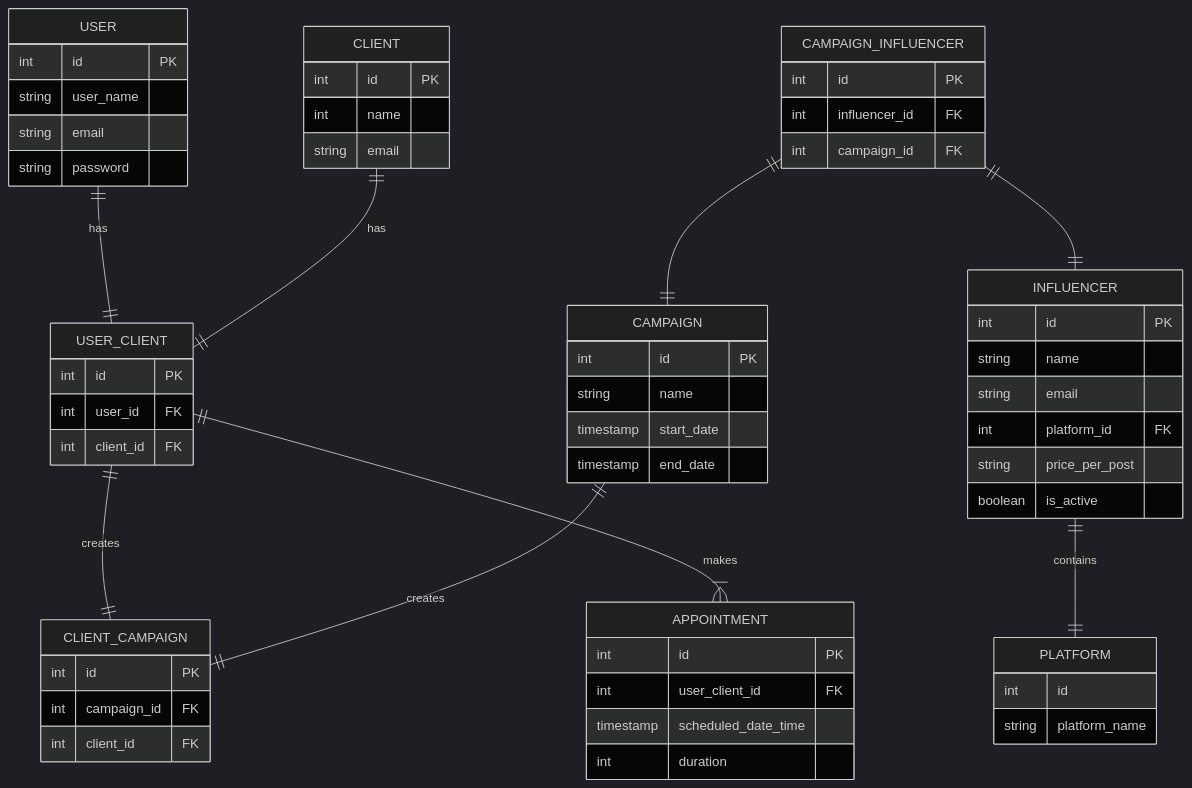
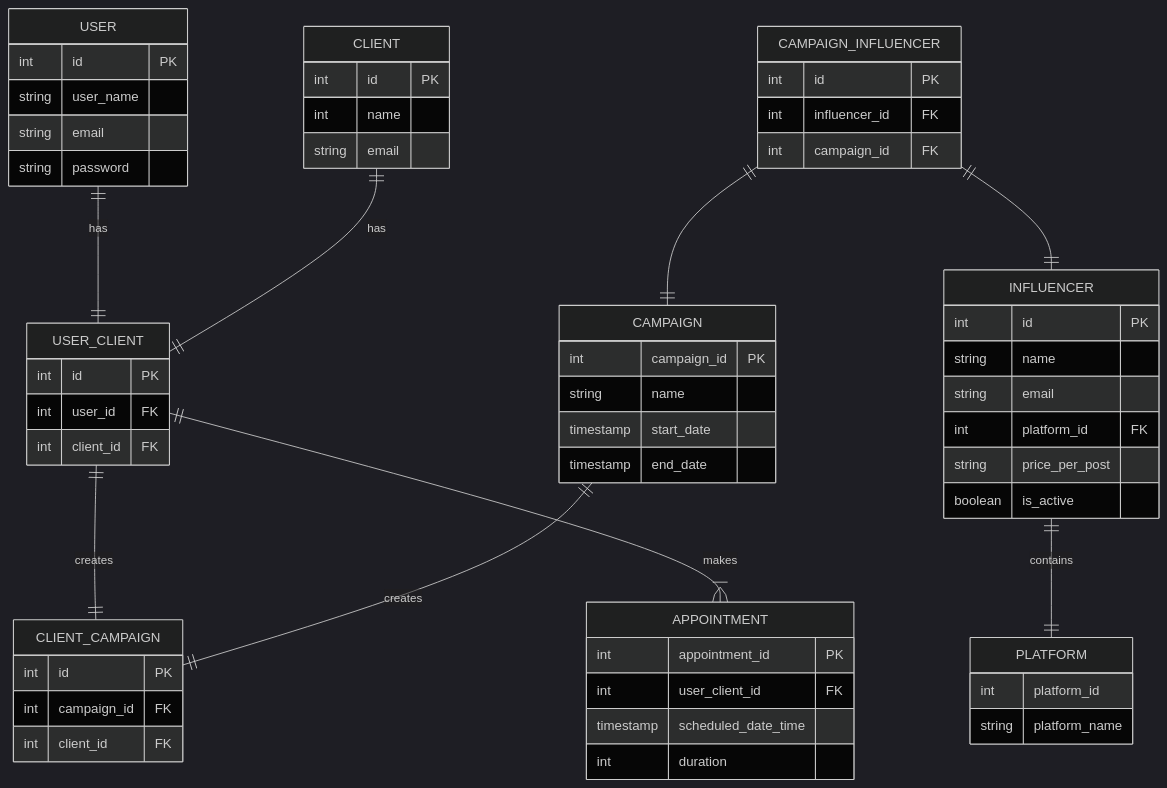
Before and after one commit to ConorPMullan/swim-marketing: the second of 2 diagrams in README.md, drawn with Mermaid.

````diff
--- a/README.md
+++ b/README.md
@@ -52,64 +52,64 @@
 ```mermaid
 %%{init: {'theme': 'dark' } }%%
 
 erDiagram
     USER {
         int id PK
         string user_name
         string email
         string password
     }
     USER_CLIENT {
         int id PK
         int user_id FK
         int client_id FK
     }
     CLIENT {
         int id PK
         int name
         string email
     }
     CLIENT_CAMPAIGN {
         int id PK
         int campaign_id FK
         int client_id FK
     }
     CAMPAIGN {
-        int id PK
+        int campaign_id PK
         string name
         timestamp start_date
         timestamp end_date
     }
     CAMPAIGN_INFLUENCER {
         int id PK
         int influencer_id FK
         int campaign_id FK
     }
     INFLUENCER {
         int id PK
         string name
         string email
         int platform_id FK
         string price_per_post
         boolean is_active
     }
     PLATFORM {
-        int id
+        int platform_id
         string platform_name
     }
     APPOINTMENT {
-        int id PK
+        int appointment_id PK
         int user_client_id FK
         timestamp scheduled_date_time
         int duration
     }
     USER ||--|| USER_CLIENT: "has"
     CLIENT ||--|| USER_CLIENT: "has"
     USER_CLIENT ||--|| CLIENT_CAMPAIGN : "creates"
     CAMPAIGN ||--|| CLIENT_CAMPAIGN : "creates"
     USER_CLIENT ||--|{ APPOINTMENT : "makes"
     CAMPAIGN_INFLUENCER ||--|| CAMPAIGN : ""
     CAMPAIGN_INFLUENCER ||--|| INFLUENCER : ""
     INFLUENCER ||--|| PLATFORM : "contains"
 
 ```
````
